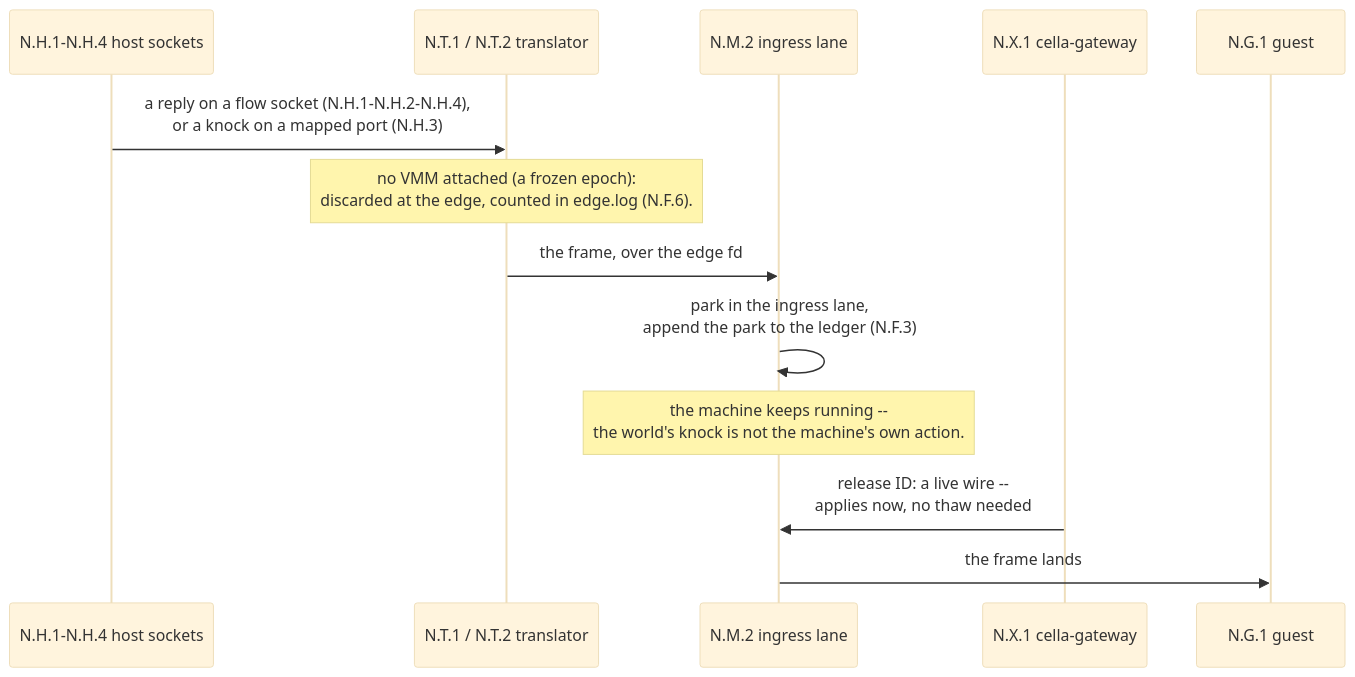
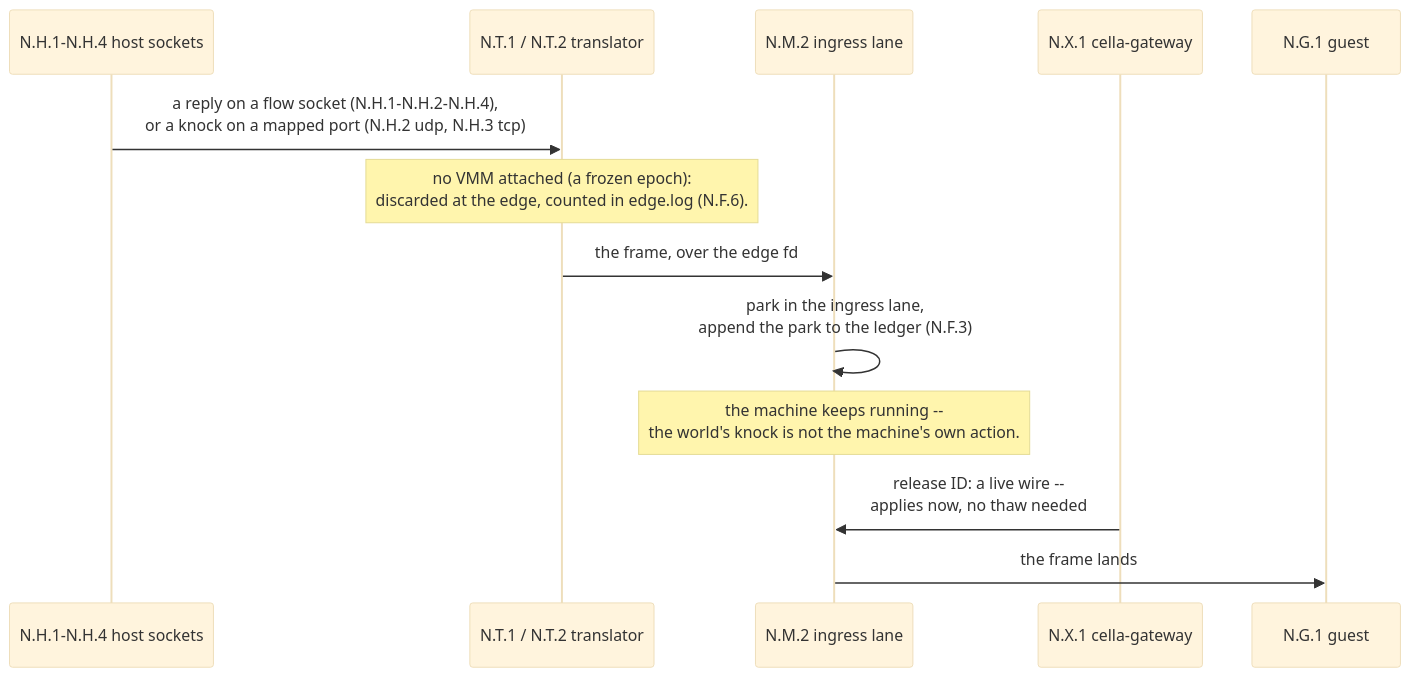
One commit to omne-earth/cella changed the seventh of 8 diagrams in docs/NETWORK-MODEL.md. Above: the diagram before and after it, drawn with Mermaid (base theme). The commit also changed other lines of this file and 3 other files, not shown here.

Commit message:
Correct six diagram claims found by the mermaid audit

````diff
--- a/docs/NETWORK-MODEL.md
+++ b/docs/NETWORK-MODEL.md
@@ -297,15 +300,15 @@
 ```mermaid
 sequenceDiagram
     participant H as N.H.1-N.H.4 host sockets
     participant T1 as N.T.1 / N.T.2 translator
     participant M2 as N.M.2 ingress lane
     participant X1 as N.X.1 cella-gateway
     participant G1 as N.G.1 guest
-    H->>T1: a reply on a flow socket (N.H.1-N.H.2-N.H.4),<br/>or a knock on a mapped port (N.H.3)
+    H->>T1: a reply on a flow socket (N.H.1-N.H.2-N.H.4),<br/>or a knock on a mapped port (N.H.2 udp, N.H.3 tcp)
     Note over T1: no VMM attached (a frozen epoch):<br/>discarded at the edge, counted in edge.log (N.F.6).
     T1->>M2: the frame, over the edge fd
     M2->>M2: park in the ingress lane,<br/>append the park to the ledger (N.F.3)
     Note over M2: the machine keeps running --<br/>the world's knock is not the machine's own action.
     X1->>M2: release ID: a live wire --<br/>applies now, no thaw needed
     M2->>G1: the frame lands
 ```
````
